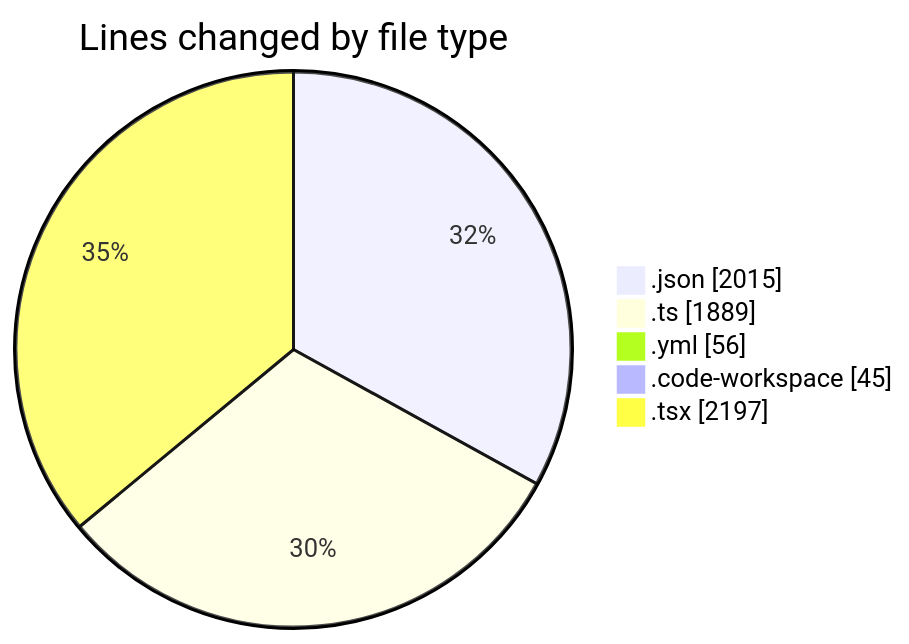
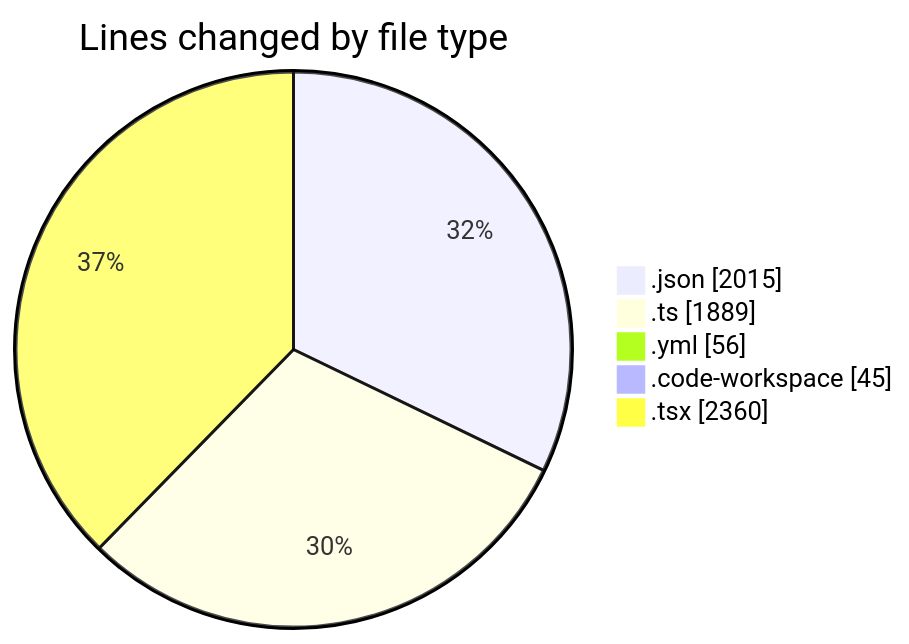
Before and after one commit to julien-gomy/code-tracking: the first of 2 diagrams in 2025-11-25/eventscop-frontend-guide__workspace_/README.md, drawn with Mermaid. The commit also changed other lines of this file and 1 other file, not shown here.

````diff
--- a/2025-11-25/eventscop-frontend-guide__workspace_/README.md
+++ b/2025-11-25/eventscop-frontend-guide__workspace_/README.md
@@ -42,9 +43,9 @@
 ```mermaid
 pie showData
 title Lines changed by file type
 ".json" : 2015
 ".ts" : 1889
 ".yml" : 56
 ".code-workspace" : 45
-".tsx" : 2197
+".tsx" : 2360
 ```
````
